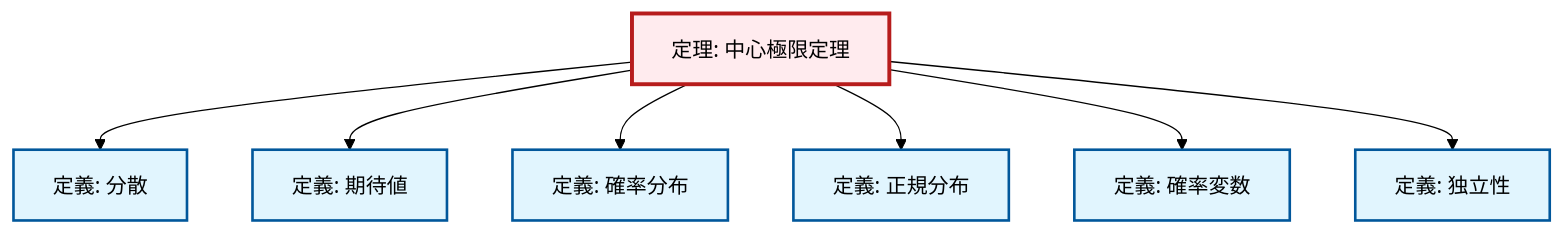
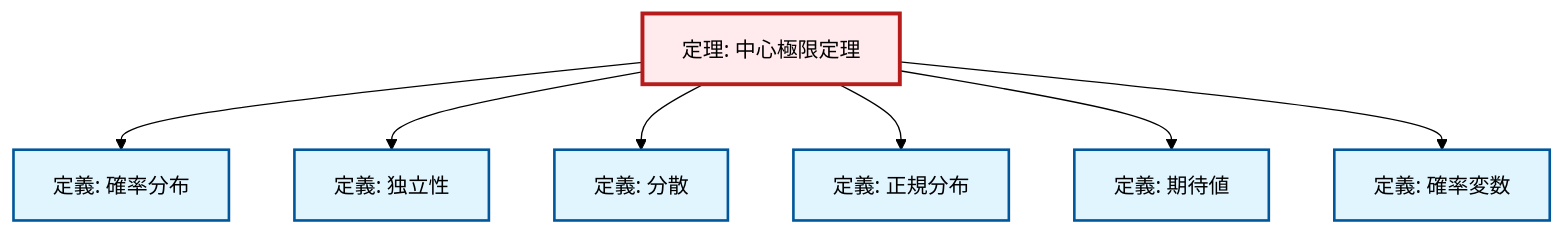
The second of 2 diagrams in content/ja/probability-statistics/thm-central-limit.qmd (RK0429/ModernMath), drawn with Mermaid (forest theme) before and after one commit. The commit also changed other lines of this file and 1012 other files, not shown here.

````diff
--- a/content/ja/probability-statistics/thm-central-limit.qmd
+++ b/content/ja/probability-statistics/thm-central-limit.qmd
@@ -112,29 +112,29 @@
 ```{mermaid}
 %%| fig-cap: "Local dependency graph"
 graph TD
     classDef definition fill:#e1f5fe,stroke:#01579b,stroke-width:2px
     classDef theorem fill:#f3e5f5,stroke:#4a148c,stroke-width:2px
     classDef axiom fill:#fff3e0,stroke:#e65100,stroke-width:2px
     classDef example fill:#e8f5e9,stroke:#1b5e20,stroke-width:2px
     classDef current fill:#ffebee,stroke:#b71c1c,stroke-width:3px
+    def-probability-distribution["定義: 確率分布"]:::definition
     def-expectation["定義: 期待値"]:::definition
+    def-random-variable["定義: 確率変数"]:::definition
+    def-independence["定義: 独立性"]:::definition
+    def-normal-distribution["定義: 正規分布"]:::definition
     thm-central-limit["定理: 中心極限定理"]:::theorem
-    def-random-variable["定義: 確率変数"]:::definition
     def-variance["定義: 分散"]:::definition
-    def-independence["定義: 独立性"]:::definition
-    def-probability-distribution["定義: 確率分布"]:::definition
-    def-normal-distribution["定義: 正規分布"]:::definition
+    thm-central-limit --> def-probability-distribution
+    thm-central-limit --> def-independence
     thm-central-limit --> def-variance
+    thm-central-limit --> def-normal-distribution
     thm-central-limit --> def-expectation
-    thm-central-limit --> def-probability-distribution
-    thm-central-limit --> def-normal-distribution
     thm-central-limit --> def-random-variable
-    thm-central-limit --> def-independence
     class thm-central-limit current
+    click def-probability-distribution "def-probability-distribution.html" "確率分布の定義へ"
     click def-expectation "def-expectation.html" "期待値の定義へ"
     click def-random-variable "def-random-variable.html" "確率変数の定義へ"
+    click def-independence "def-independence.html" "独立性の定義へ"
+    click def-normal-distribution "def-normal-distribution.html" "正規分布の定義へ"
     click def-variance "def-variance.html" "分散の定義へ"
-    click def-independence "def-independence.html" "独立性の定義へ"
-    click def-probability-distribution "def-probability-distribution.html" "確率分布の定義へ"
-    click def-normal-distribution "def-normal-distribution.html" "正規分布の定義へ"
 ```
````
